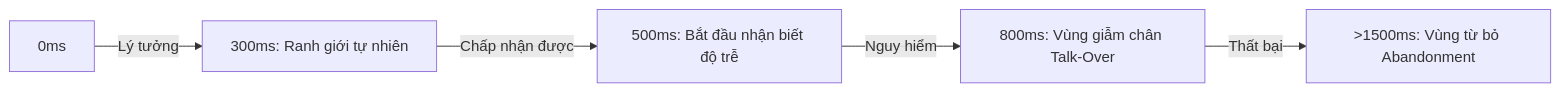
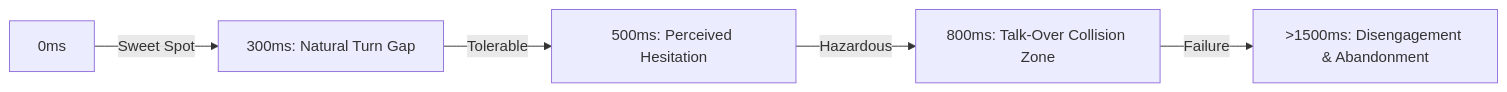
One commit to jangtrinh/design-os-voice-ux changed the first of 3 diagrams in 03-conversational-design-system/latency-budgets.md. Above: the diagram before and after it, drawn with Mermaid. The commit also changed other lines of this file and 41 other files, not shown here.

````diff
--- a/03-conversational-design-system/latency-budgets.md
+++ b/03-conversational-design-system/latency-budgets.md
@@ -11,7 +11,7 @@
 ```mermaid
 graph LR
-    A[0ms] -->|Lý tưởng| B[300ms: Ranh giới tự nhiên]
-    B -->|Chấp nhận được| C[500ms: Bắt đầu nhận biết độ trễ]
-    C -->|Nguy hiểm| D[800ms: Vùng giẫm chân Talk-Over]
-    D -->|Thất bại| E[>1500ms: Vùng từ bỏ Abandonment]
+    A[0ms] -->|Sweet Spot| B[300ms: Natural Turn Gap]
+    B -->|Tolerable| C[500ms: Perceived Hesitation]
+    C -->|Hazardous| D[800ms: Talk-Over Collision Zone]
+    D -->|Failure| E[>1500ms: Disengagement & Abandonment]
 ```
````
